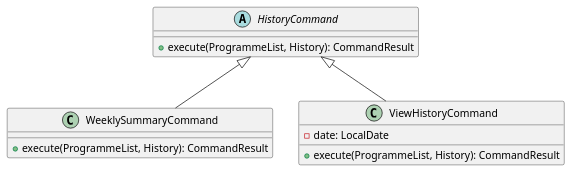
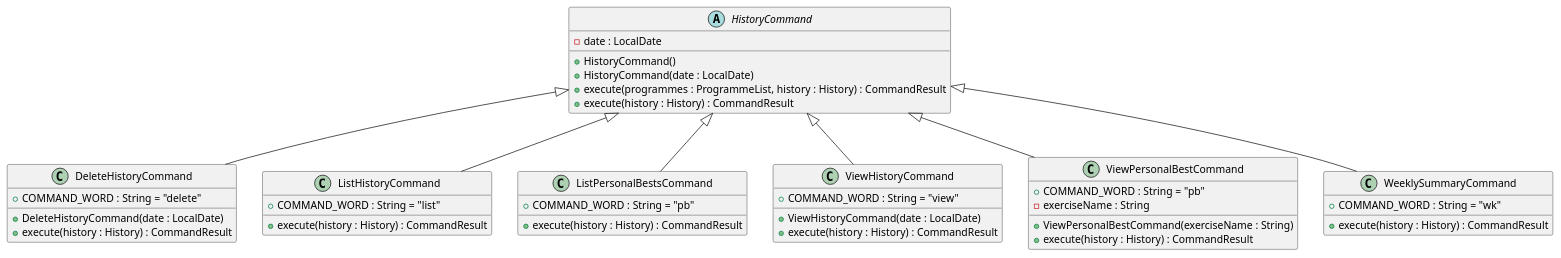
The diagram in docs/diagrams/historyCommandSummary.puml (nus-cs2113-AY2425S1/tp), drawn with PlantUML before and after one commit. The commit also changed other lines of this file and 3 other files, not shown here.

Commit message:
Change historycommandsummary diagram

```diff
--- a/docs/diagrams/historyCommandSummary.puml
+++ b/docs/diagrams/historyCommandSummary.puml
@@ -1,19 +1,50 @@
 @startuml
+abstract class HistoryCommand {
+    - date : LocalDate
+    + HistoryCommand()
+    + HistoryCommand(date : LocalDate)
+    + execute(programmes : ProgrammeList, history : History) : CommandResult
+    + execute(history : History) : CommandResult
+}
 
-abstract class HistoryCommand {
-    + execute(ProgrammeList, History): CommandResult
+class DeleteHistoryCommand {
+    + COMMAND_WORD : String = "delete"
+    + DeleteHistoryCommand(date : LocalDate)
+    + execute(history : History) : CommandResult
+}
+
+class ListHistoryCommand {
+    + COMMAND_WORD : String = "list"
+    + execute(history : History) : CommandResult
+}
+
+class ListPersonalBestsCommand {
+    + COMMAND_WORD : String = "pb"
+    + execute(history : History) : CommandResult
+}
+
+class ViewHistoryCommand {
+    + COMMAND_WORD : String = "view"
+    + ViewHistoryCommand(date : LocalDate)
+    + execute(history : History) : CommandResult
+}
+
+class ViewPersonalBestCommand {
+    + COMMAND_WORD : String = "pb"
+    - exerciseName : String
+    + ViewPersonalBestCommand(exerciseName : String)
+    + execute(history : History) : CommandResult
 }
 
 class WeeklySummaryCommand {
-    + execute(ProgrammeList, History): CommandResult
+    + COMMAND_WORD : String = "wk"
+    + execute(history : History) : CommandResult
 }
 
-class ViewHistoryCommand {
-    - date: LocalDate
-    + execute(ProgrammeList, History): CommandResult
-}
-
+HistoryCommand <|-- DeleteHistoryCommand
+HistoryCommand <|-- ListHistoryCommand
+HistoryCommand <|-- ListPersonalBestsCommand
+HistoryCommand <|-- ViewHistoryCommand
+HistoryCommand <|-- ViewPersonalBestCommand
 HistoryCommand <|-- WeeklySummaryCommand
-HistoryCommand <|-- ViewHistoryCommand
-
 @enduml
```
